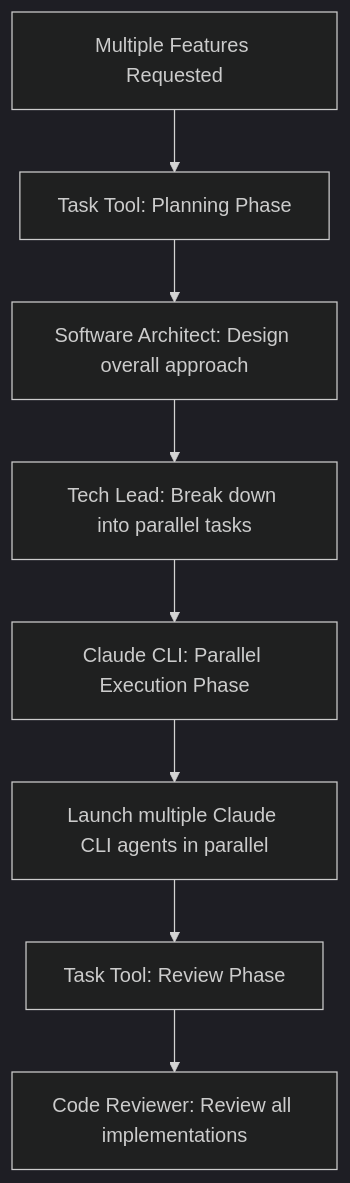
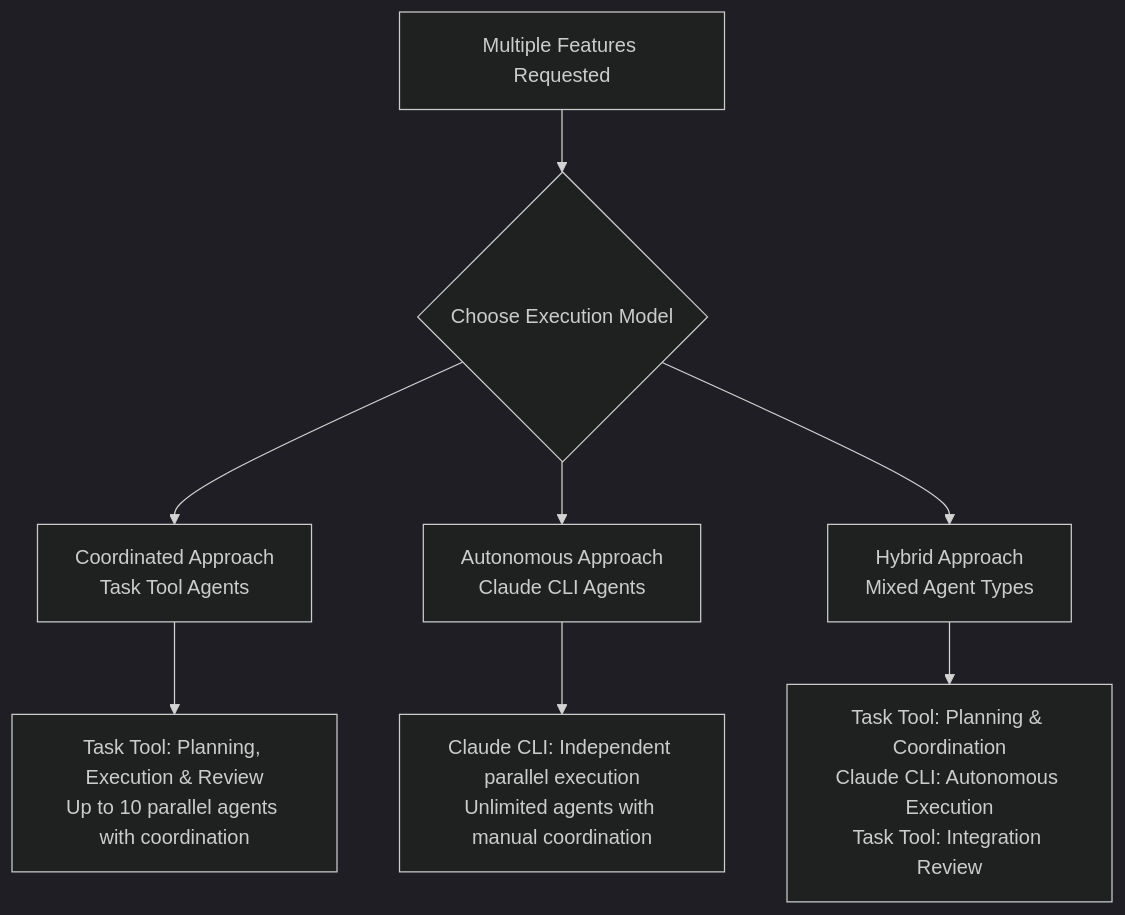
Before and after one commit to spiralhouse/cycletime: the diagram in docs/testing/parallel-development.md, drawn with Mermaid (dark theme). The commit also changed other lines of this file and 9 other files, not shown here.

````diff
--- a/docs/testing/parallel-development.md
+++ b/docs/testing/parallel-development.md
@@ -83,10 +61,11 @@
 ```mermaid
 flowchart TD
-    A[Multiple Features Requested] --> B[Task Tool: Planning Phase]
-    B --> C[Software Architect: Design overall approach]
-    C --> D[Tech Lead: Break down into parallel tasks]
-    D --> E[Claude CLI: Parallel Execution Phase]
-    E --> F[Launch multiple Claude CLI agents in parallel]
-    F --> G[Task Tool: Review Phase]
-    G --> H[Code Reviewer: Review all implementations]
+    A[Multiple Features Requested] --> B{Choose Execution Model}
+    B --> C[Coordinated Approach<br/>Task Tool Agents]
+    B --> D[Autonomous Approach<br/>Claude CLI Agents]
+    B --> E[Hybrid Approach<br/>Mixed Agent Types]
+
+    C --> F[Task Tool: Planning, Execution & Review<br/>Up to 10 parallel agents with coordination]
+    D --> G[Claude CLI: Independent parallel execution<br/>Unlimited agents with manual coordination]
+    E --> H[Task Tool: Planning & Coordination<br/>Claude CLI: Autonomous Execution<br/>Task Tool: Integration Review]
 ```
````
